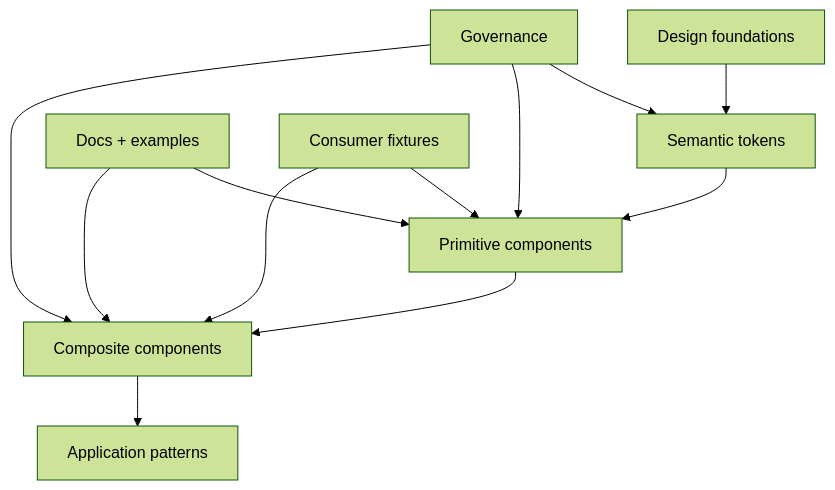
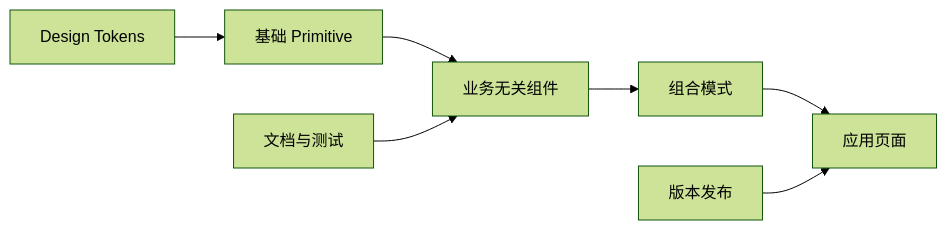
The diagram in docs/frontend/component-library-design-system.md (upJiang/jiang-blog-vitepress), drawn with Mermaid (forest theme) before and after one commit. The commit also changed other lines of this file and 164 other files, not shown here.

````diff
--- a/docs/frontend/component-library-design-system.md
+++ b/docs/frontend/component-library-design-system.md
@@ -19,14 +20,9 @@
 ```mermaid
-flowchart TB
-  F[Design foundations] --> T[Semantic tokens]
-  T --> P[Primitive components]
-  P --> C[Composite components]
-  C --> A[Application patterns]
-  G[Governance] --> T
-  G --> P
-  G --> C
-  D[Docs + examples] --> P
-  D --> C
-  X[Consumer fixtures] --> P
-  X --> C
+flowchart LR
+  T[Design Tokens] --> P[基础 Primitive]
+  P --> C[业务无关组件]
+  C --> X[组合模式]
+  X --> A[应用页面]
+  D[文档与测试] --> C
+  R[版本发布] --> A
 ```
````
